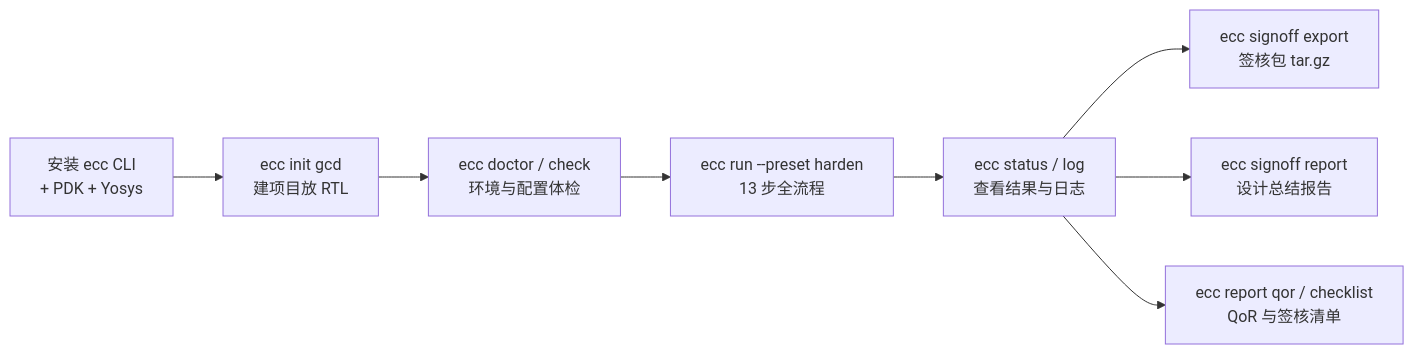
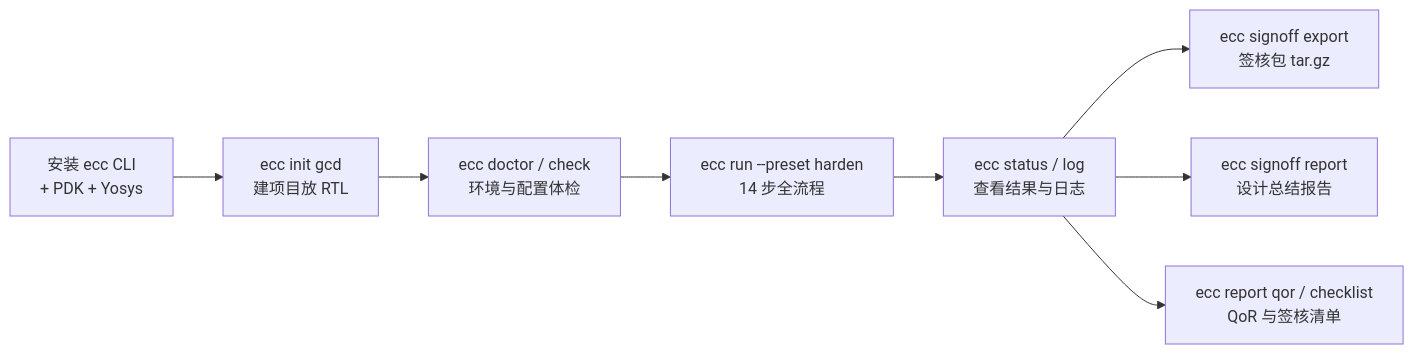
Before and after one commit to openecos-projects/ecc: the first of 2 diagrams in docs/ecc-cli-tutorial.cn.md, drawn with Mermaid. The commit also changed other lines of this file and 8 other files, not shown here.

````diff
--- a/docs/ecc-cli-tutorial.cn.md
+++ b/docs/ecc-cli-tutorial.cn.md
@@ -15,10 +15,10 @@
 ```mermaid
 graph LR
     A[安装 ecc CLI<br/>+ PDK + Yosys] --> B[ecc init gcd<br/>建项目放 RTL]
     B --> C[ecc doctor / check<br/>环境与配置体检]
-    C --> D[ecc run --preset harden<br/>13 步全流程]
+    C --> D[ecc run --preset harden<br/>14 步全流程]
     D --> E[ecc status / log<br/>查看结果与日志]
     E --> F[ecc signoff export<br/>签核包 tar.gz]
     E --> G[ecc signoff report<br/>设计总结报告]
     E --> H[ecc report qor / checklist<br/>QoR 与签核清单]
 ```
````
